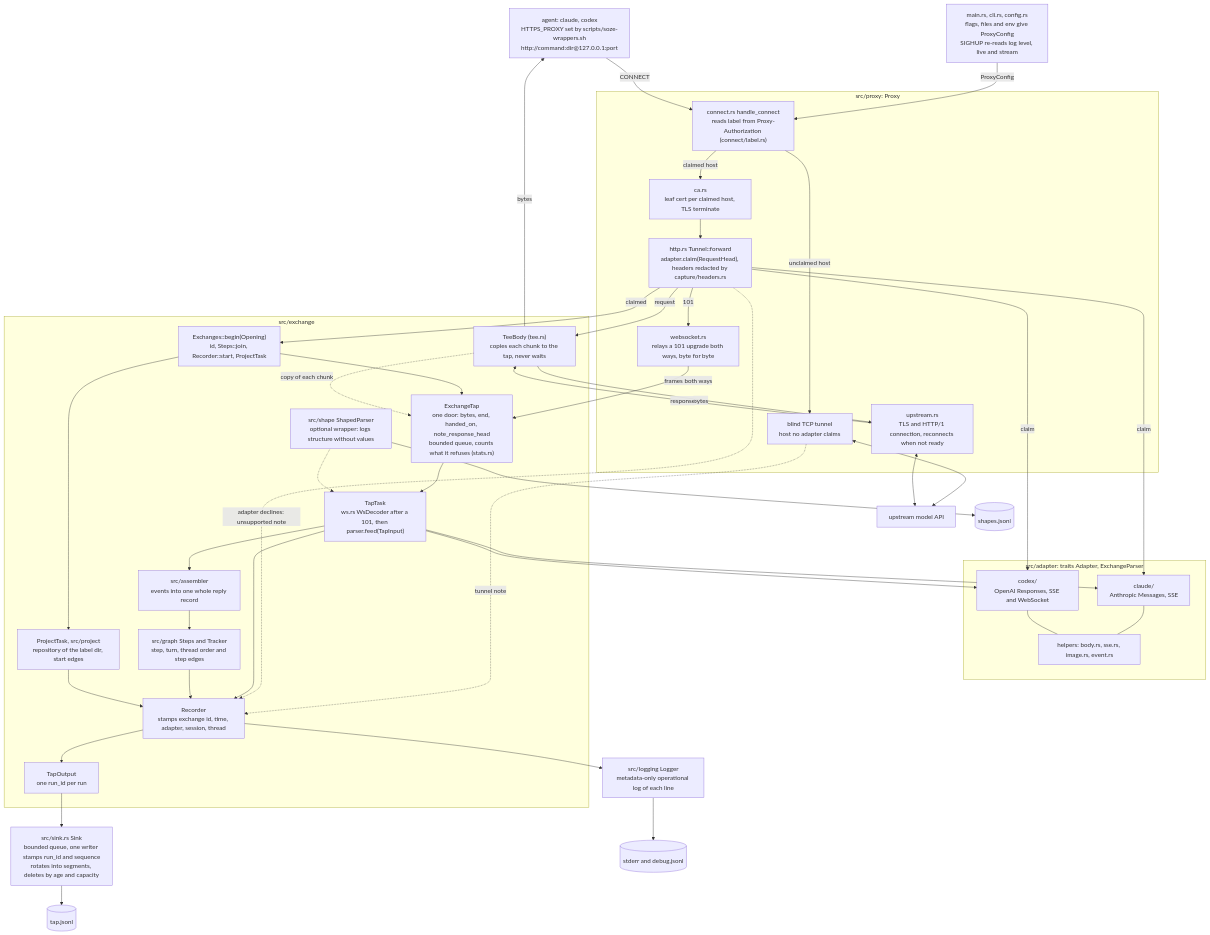
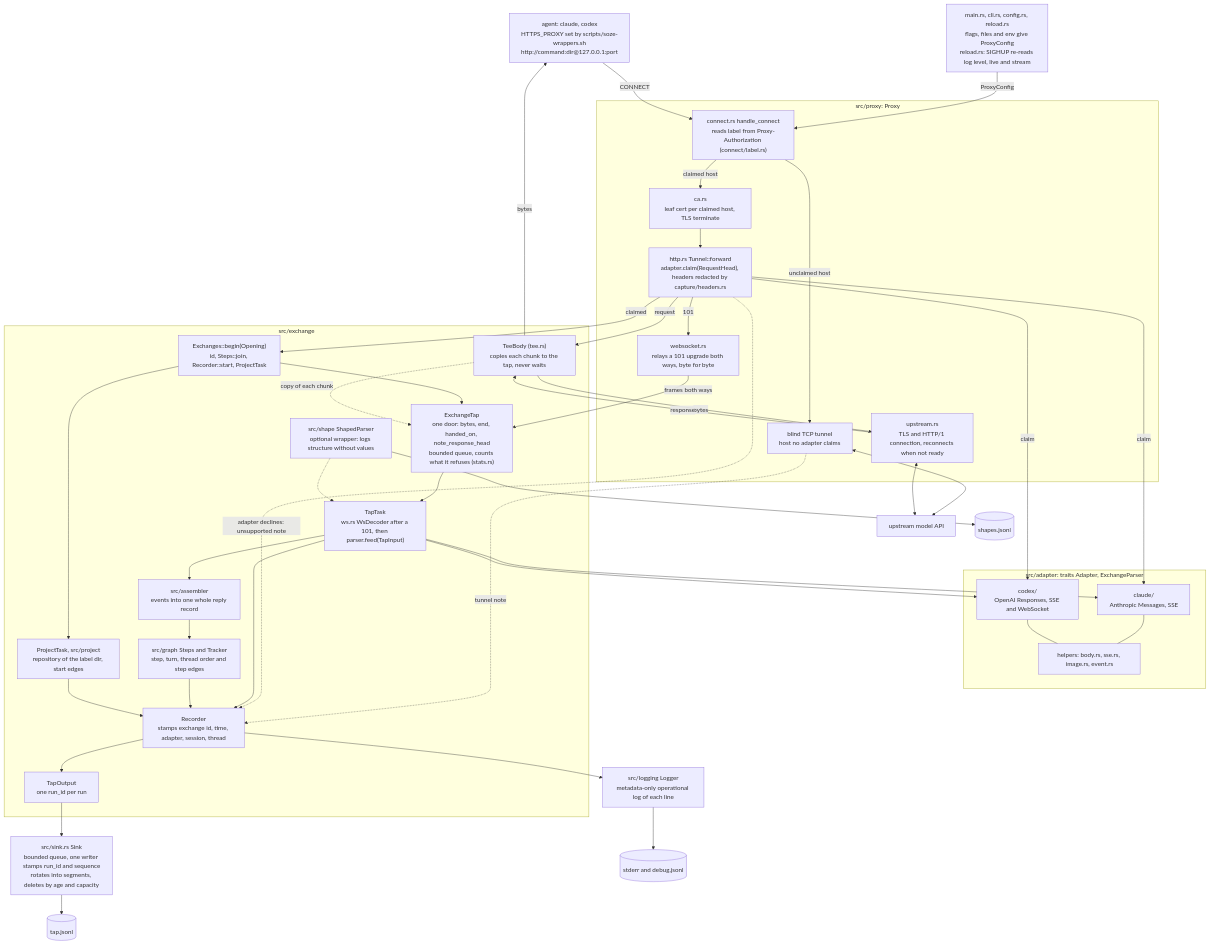
One commit to killallgit/kaiser-soze changed the diagram in docs/architecture/2026-11-06_current-architecture.mmd. Above: the diagram before and after it, drawn with Mermaid. The commit also changed 2 other files, not shown here.

Commit message:
Move SIGHUP config reload out of main.rs into its own reload module. (#92)

```diff
--- a/docs/architecture/2026-11-06_current-architecture.mmd
+++ b/docs/architecture/2026-11-06_current-architecture.mmd
@@ -1,74 +1,74 @@
 %% Current architecture only, as of 2026-11-06 (main at 355bc45). Nothing proposed.
 %% Wire-to-common-scheme mapping is hand-written Rust inside each adapter; there is no config.
 flowchart TB
     AG["agent: claude, codex<br/>HTTPS_PROXY set by scripts/soze-wrappers.sh<br/>http://command:dir@127.0.0.1:port"]
     UP["upstream model API"]
-    MAIN["main.rs, cli.rs, config.rs<br/>flags, files and env give ProxyConfig<br/>SIGHUP re-reads log level, live and stream"]
+    MAIN["main.rs, cli.rs, config.rs, reload.rs<br/>flags, files and env give ProxyConfig<br/>reload.rs: SIGHUP re-reads log level, live and stream"]
 
     subgraph PROXY["src/proxy: Proxy"]
         CONN["connect.rs handle_connect<br/>reads label from Proxy-Authorization (connect/label.rs)"]
         CA["ca.rs<br/>leaf cert per claimed host, TLS terminate"]
         FWD["http.rs Tunnel::forward<br/>adapter.claim(RequestHead), headers redacted by capture/headers.rs"]
         UPS["upstream.rs<br/>TLS and HTTP/1 connection, reconnects when not ready"]
         WS["websocket.rs<br/>relays a 101 upgrade both ways, byte for byte"]
         BLIND["blind TCP tunnel<br/>host no adapter claims"]
     end
 
     subgraph ADAPTERS["src/adapter: traits Adapter, ExchangeParser"]
         CL["claude/<br/>Anthropic Messages, SSE"]
         CX["codex/<br/>OpenAI Responses, SSE and WebSocket"]
         HELP["helpers: body.rs, sse.rs, image.rs, event.rs"]
     end
 
     subgraph EXCH["src/exchange"]
         BEGIN["Exchanges::begin(Opening)<br/>id, Steps::join, Recorder::start, ProjectTask"]
         TEE["TeeBody (tee.rs)<br/>copies each chunk to the tap, never waits"]
         TAP["ExchangeTap<br/>one door: bytes, end, handed_on, note_response_head<br/>bounded queue, counts what it refuses (stats.rs)"]
         TASK["TapTask<br/>ws.rs WsDecoder after a 101, then parser.feed(TapInput)"]
         SHAPE["src/shape ShapedParser<br/>optional wrapper: logs structure without values"]
         ASM["src/assembler<br/>events into one whole reply record"]
         STEPS["src/graph Steps and Tracker<br/>step, turn, thread order and step edges"]
         PROJ["ProjectTask, src/project<br/>repository of the label dir, start edges"]
         REC["Recorder<br/>stamps exchange id, time, adapter, session, thread"]
         OUT["TapOutput<br/>one run_id per run"]
     end
 
     SINK["src/sink.rs Sink<br/>bounded queue, one writer stamps run_id and sequence<br/>rotates into segments, deletes by age and capacity"]
     LOG["src/logging Logger<br/>metadata-only operational log of each line"]
     TAPF[("tap.jsonl")]
     SHAPEF[("shapes.jsonl")]
     ERR[("stderr and debug.jsonl")]
 
     MAIN -->|ProxyConfig| CONN
     AG -->|CONNECT| CONN
     CONN -->|unclaimed host| BLIND
     BLIND <--> UP
     BLIND -. "tunnel note" .-> REC
     CONN -->|claimed host| CA --> FWD
     FWD -->|request| TEE
     TEE -->|bytes| UPS
     UPS <--> UP
     UPS -->|response| TEE
     TEE -->|bytes| AG
     FWD -->|101| WS
     WS -->|frames both ways| TAP
     FWD -. "adapter declines: unsupported note" .-> REC
     FWD -->|claim| CL
     FWD -->|claim| CX
     FWD -->|claimed| BEGIN
     BEGIN --> TAP
     BEGIN --> PROJ
     TEE -. "copy of each chunk" .-> TAP
     TAP --> TASK
     CL --- HELP
     CX --- HELP
     TASK --> CL
     TASK --> CX
     SHAPE -.-> TASK
     SHAPE --> SHAPEF
     TASK --> ASM
     TASK --> REC
     ASM --> STEPS --> REC
     PROJ --> REC
     REC --> OUT --> SINK --> TAPF
     REC --> LOG --> ERR
```
